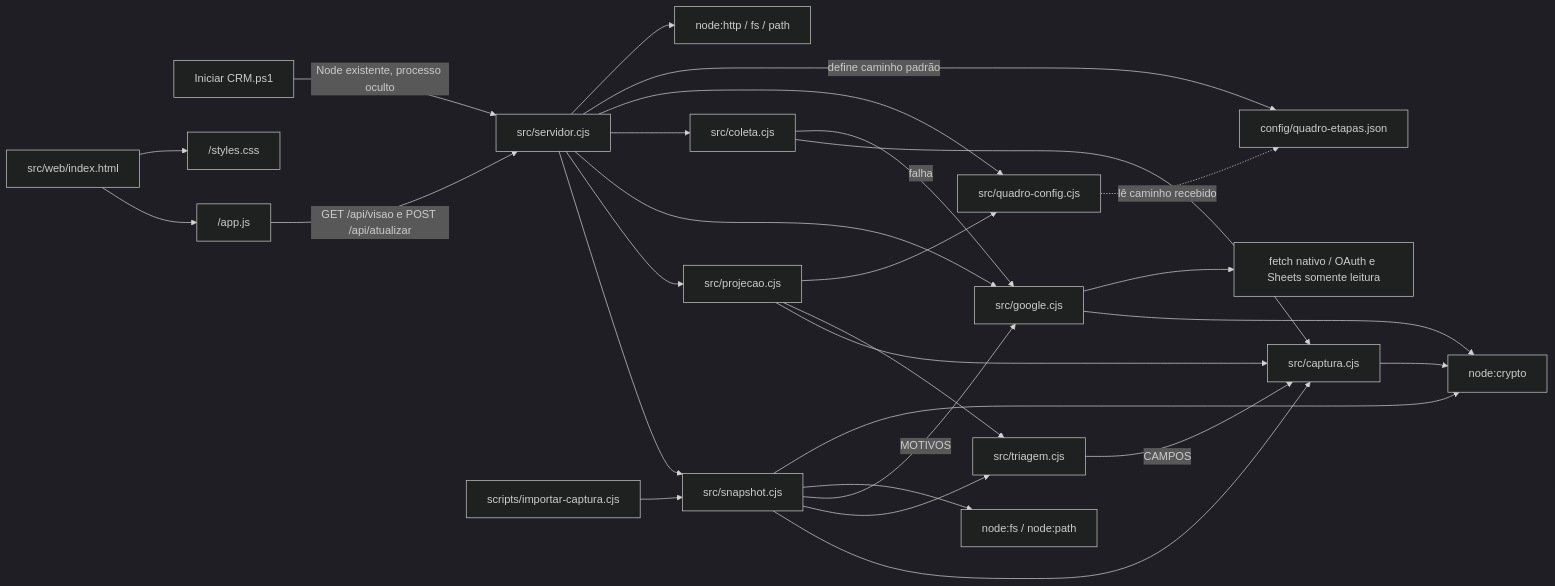
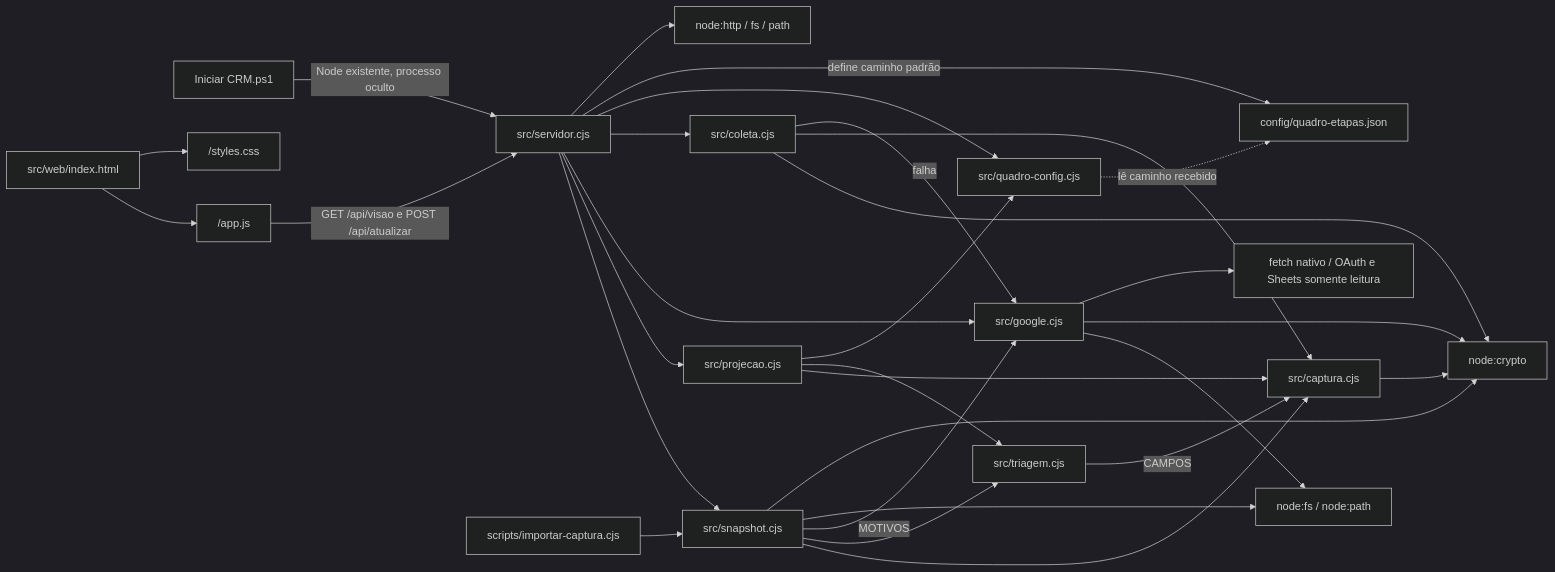
The first of 4 diagrams in docs/architecture.md (Browsher/crm-social), drawn with Mermaid (dark theme) before and after one commit. The commit also changed other lines of this file and 13 other files, not shown here.

````diff
--- a/docs/architecture.md
+++ b/docs/architecture.md
@@ -9,30 +9,32 @@
 ```mermaid
 flowchart LR
   Iniciador["Iniciar CRM.ps1"] -->|Node existente, processo oculto| Server
   CLI["scripts/importar-captura.cjs"] --> Snapshot["src/snapshot.cjs"]
   Snapshot --> Captura["src/captura.cjs"]
   Snapshot --> Triagem["src/triagem.cjs"]
   Server["src/servidor.cjs"] --> Snapshot
   Server --> Projecao["src/projecao.cjs"]
   Server --> Google["src/google.cjs"]
   Server --> Coleta["src/coleta.cjs"]
   Snapshot -->|MOTIVOS| Google
+  Coleta --> Crypto
   Coleta --> Captura
   Coleta -->|falha| Google
+  Google --> FS
   Google --> Crypto
   Google --> Fetch["fetch nativo / OAuth e Sheets somente leitura"]
   Server --> Quadro["src/quadro-config.cjs"]
   Projecao --> Captura
   Projecao --> Triagem
   Triagem -->|CAMPOS| Captura
   Projecao --> Quadro
   Server -->|define caminho padrão| Config["config/quadro-etapas.json"]
   Quadro -.->|lê caminho recebido| Config
   HTML["src/web/index.html"] --> JS["/app.js"]
   HTML --> CSS["/styles.css"]
   JS -->|GET /api/visao e POST /api/atualizar| Server
   Snapshot --> FS["node:fs / node:path"]
   Captura --> Crypto["node:crypto"]
   Snapshot --> Crypto
   Server --> HTTP["node:http / fs / path"]
 ```
````
